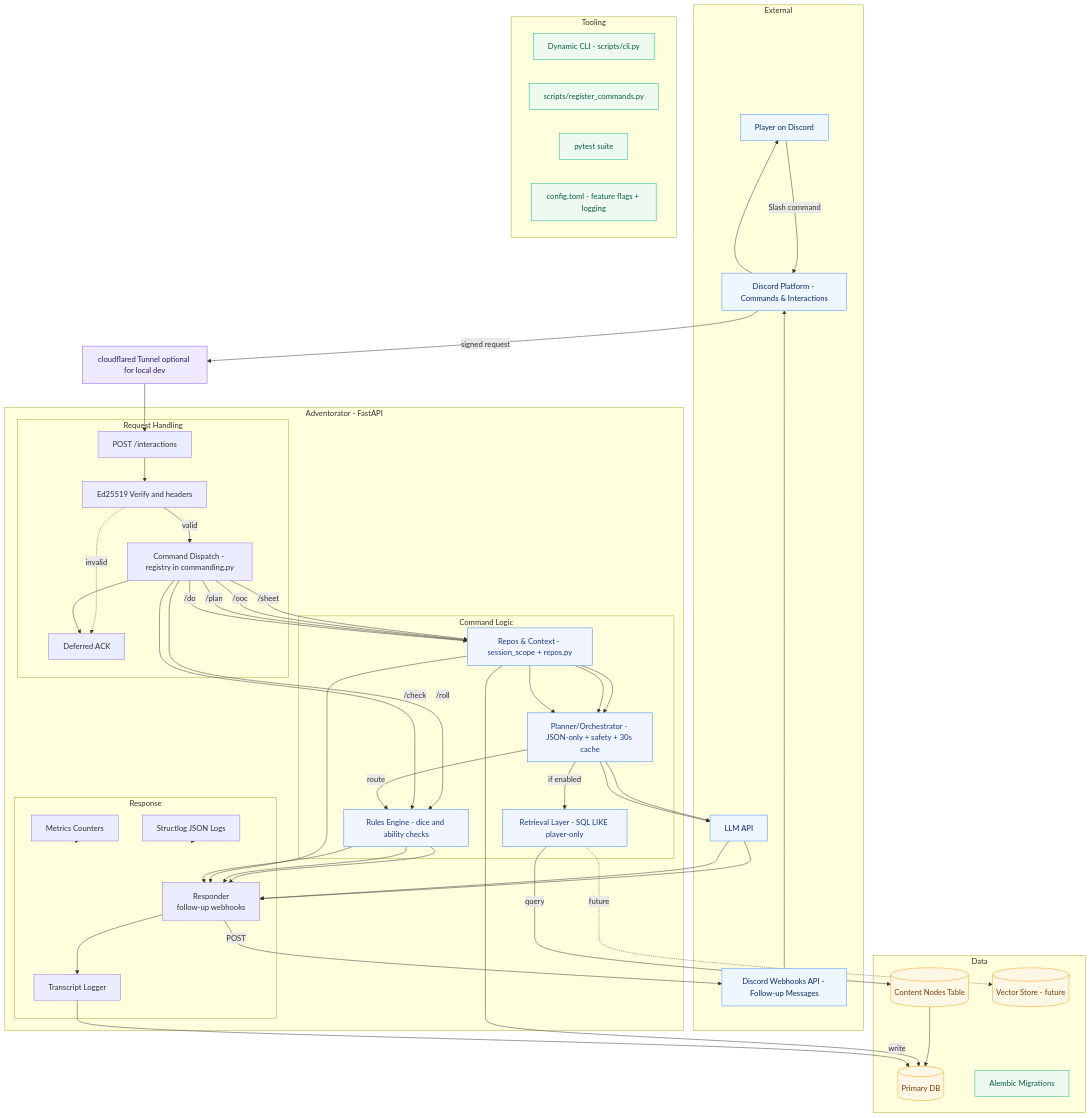
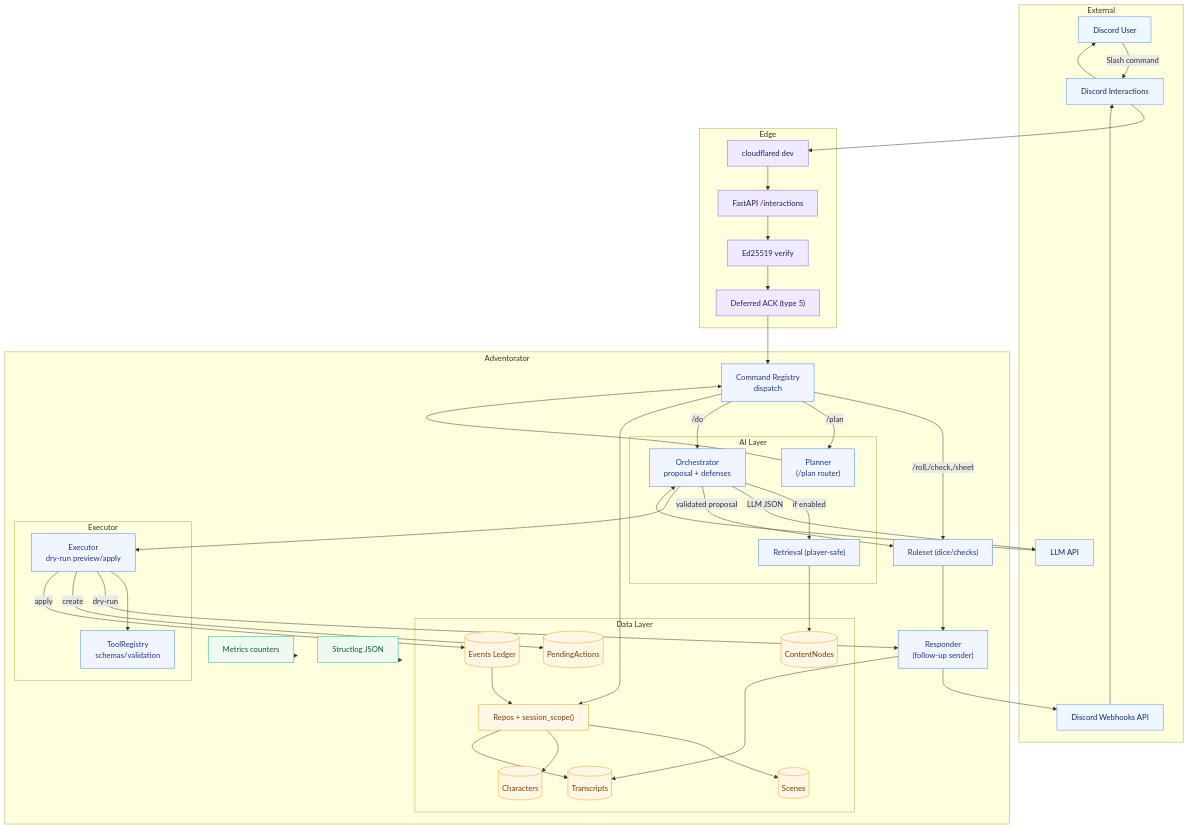
The first of 4 diagrams in README.md (crashtestbrandt/Adventorator), drawn with Mermaid before and after one commit. The commit also changed other lines of this file and 5 other files, not shown here.

````diff
--- a/README.md
+++ b/README.md
@@ -69,88 +57,77 @@
 ```mermaid
 flowchart TD
-  %% === External ===
-  subgraph EXTERNAL[External]
-    U[Player on Discord]:::ext
-    DP[Discord Platform - Commands & Interactions]:::ext
-    WH[Discord Webhooks API - Follow-up Messages]:::ext
-  LLM[LLM API]:::ext
+  %% External
+  subgraph EXT[External]
+    DUser["Discord User"]:::ext
+    Discord["Discord Interactions"]:::ext
+    Webhooks["Discord Webhooks API"]:::ext
+    LLM["LLM API"]:::ext
   end
 
-  %% === Network Edge ===
-  CF[cloudflared Tunnel optional for local dev]:::edge
+  %% Edge
+  subgraph EDGE[Edge]
+    Tunnel["cloudflared dev"]:::edge
+    App["FastAPI /interactions"]:::edge
+    Verify["Ed25519 verify"]:::edge
+    Defer["Deferred ACK (type 5)"]:::edge
+  end
 
-  %% === App ===
-  subgraph APP[Adventorator - FastAPI]
-    subgraph REQUEST[Request Handling]
-      A[POST /interactions]
-  SIG[Ed25519 Verify and headers]
-      DISP[Command Dispatch - registry in commanding.py]
-      DEF[Deferred ACK]
+  %% App internals
+  subgraph APP[Adventorator]
+    Dispatcher["Command Registry\ndispatch"]:::biz
+    Responder["Responder\n(follow-up sender)"]:::biz
+
+    subgraph AI[AI Layer]
+      Planner["Planner\n(/plan router)"]:::biz
+      Orchestrator["Orchestrator\nproposal + defenses"]:::biz
+      Retrieval["Retrieval (player-safe)"]:::biz
     end
 
-    subgraph BUSINESS[Command Logic]
-      RULES[Rules Engine - dice and ability checks]:::biz
-      REPOS[Repos & Context - session_scope + repos.py]:::biz
-      PLAN[Planner/Orchestrator - JSON-only + safety + 30s cache]:::biz
-  RETR[Retrieval Layer - SQL LIKE player-only]:::biz
+    subgraph EXEC[Executor]
+      Registry["ToolRegistry\nschemas/validation"]:::biz
+      Exec["Executor\ndry-run preview/apply"]:::biz
     end
 
-    subgraph RESPONSE[Response]
-      RESP[Responder<br/>follow-up webhooks]
-      TRANS[Transcript Logger]
-      MET[Metrics Counters]
-      LOGS[Structlog JSON Logs]
+    subgraph DATA[Data Layer]
+      Repos["Repos + session_scope()"]:::data
+      Transcripts[(Transcripts)]:::data
+      Scenes[(Scenes)]:::data
+      Characters[(Characters)]:::data
+      Content[(ContentNodes)]:::data
+      Pending[(PendingActions)]:::data
+      Events[(Events Ledger)]:::data
     end
+
+    Metrics["Metrics counters"]:::ops
+    Logs["Structlog JSON"]:::ops
+    Rules["Ruleset (dice/checks)"]:::biz
   end
 
-  %% === Data ===
-  subgraph DATA[Data]
-    DB[(Primary DB)]:::data
-    CN[(Content Nodes Table)]:::data
-    MIG[Alembic Migrations]:::ops
-    %% Optional future vector store (pgvector/Qdrant)
-    VEC[(Vector Store - future)]:::data
-  end
+  %% Flows
+  DUser -->|Slash command| Discord --> Tunnel --> App --> Verify --> Defer
+  Defer --> Dispatcher
+  Dispatcher -->|/roll,/check,/sheet| Rules --> Responder
+  Dispatcher -->|/plan| Planner --> Dispatcher
+  Dispatcher -->|/do| Orchestrator
+  Orchestrator -->|if enabled| Retrieval --> Content
+  Orchestrator -->|LLM JSON| LLM --> Orchestrator
+  Orchestrator -->|validated proposal| Rules
+  Orchestrator --> Exec
+  Exec --> Registry
+  Exec -->|dry-run| Responder
+  Exec -->|create| Pending
+  Responder --> Webhooks --> Discord --> DUser
+  Dispatcher --> Repos
+  Responder --> Transcripts
+  Exec -->|apply| Events
+  Events --> Repos
+  Repos --> Scenes
+  Repos --> Characters
+  Repos --> Transcripts
+  Metrics -.-> APP
+  Logs -.-> APP
 
-  %% === Tooling ===
-  subgraph TOOLING[Tooling]
-    CLI[Dynamic CLI - scripts/cli.py]:::ops
-    REG[scripts/register_commands.py]:::ops
-    TEST[pytest suite]:::ops
-    CFG[config.toml - feature flags + logging]:::ops
-  end
-
-  %% === Ingress Flow ===
-  U -->|Slash command| DP
-  DP -->|signed request| CF
-  CF --> A
-  A --> SIG
-  SIG -->|valid| DISP
-  SIG -.->|invalid| DEF
-  DISP --> DEF
-
-  %% === Command Paths (examples) ===
-  DISP -- "/roll" --> RULES --> RESP
-  DISP -- "/check" --> RULES --> RESP
-  DISP -- "/sheet" --> REPOS --> RESP
-  DISP -- "/ooc" --> REPOS --> PLAN --> LLM --> RESP
-  DISP -- "/plan" --> REPOS --> PLAN -->|route| RULES --> RESP
-  DISP -- "/do" --> REPOS --> PLAN --> LLM --> RESP
-
-  %% === Orchestrator Augmentation (Phase 6) ===
-  PLAN -->|if enabled| RETR
-  RETR -->|query| CN
-  CN --> DB
-  RETR -.->|future| VEC
-
-  %% === Data Access & Egress ===
-  REPOS --> DB
-  RESP --> TRANS -->|write| DB
-  RESP -->|POST| WH --> DP --> U
-  LOGS -.-> APP
-  MET -.-> APP
-
-  %% === Styles ===
+  %% Styles
   classDef ext  fill:#eef7ff,stroke:#4e89ff,stroke-width:1px,color:#0d2b6b
   classDef edge fill:#efeaff,stroke:#8b5cf6,stroke-width:1px,color:#2b1b6b
   classDef data fill:#fff7e6,stroke:#f59e0b,stroke-width:1px,color:#7c3e00
````
